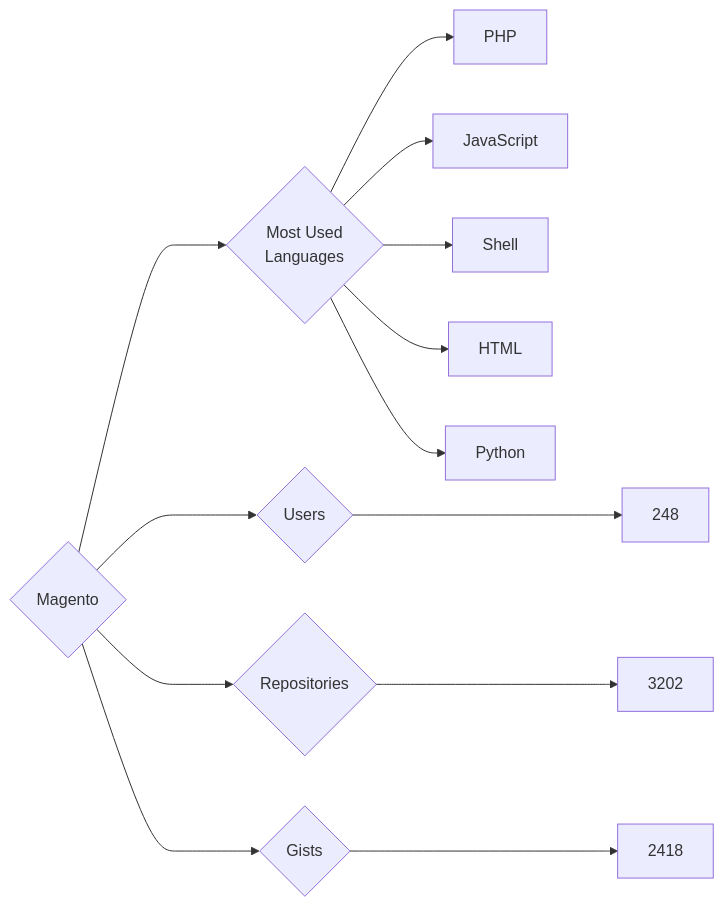
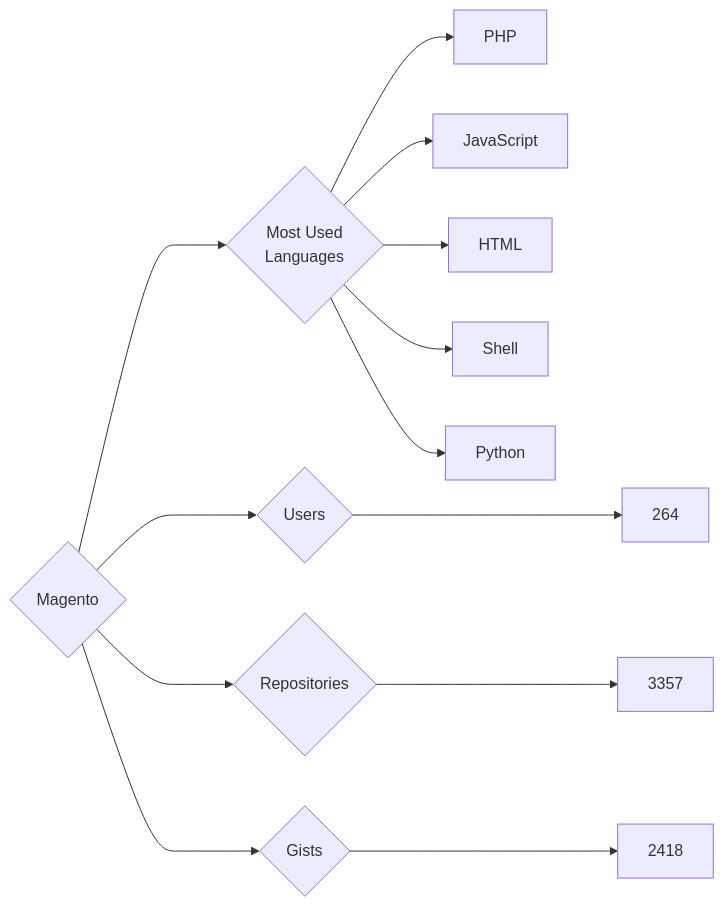
Before and after one commit to trickest/insiders: the diagram in targets/Magento/README.md, drawn with Mermaid. The commit also changed 912 other files, not shown here.

````diff
--- a/targets/Magento/README.md
+++ b/targets/Magento/README.md
@@ -3,13 +3,13 @@
 ```mermaid
 graph LR
 COMPANY_NAME{Magento}
-COMPANY_NAME ---> U{Users} ---> UN[248]
-COMPANY_NAME ---> R{Repositories} ---> RN[3202]
+COMPANY_NAME ---> U{Users} ---> UN[264]
+COMPANY_NAME ---> R{Repositories} ---> RN[3357]
 COMPANY_NAME ---> G{Gists} ---> GN[2418]
 COMPANY_NAME ---> ML{Most Used<br>Languages}
 ML --> PHP[PHP]
 ML --> JavaScript[JavaScript]
+ML --> HTML[HTML]
 ML --> Shell[Shell]
-ML --> HTML[HTML]
 ML --> Python[Python]
 ```
````
